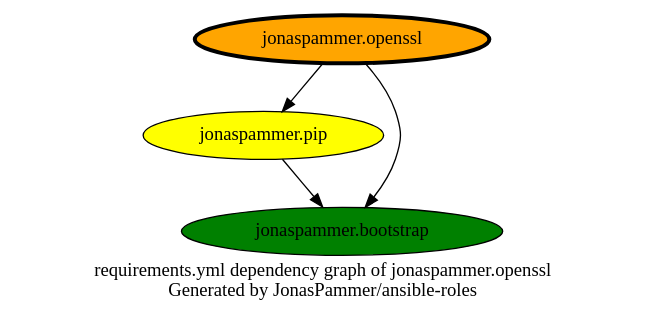
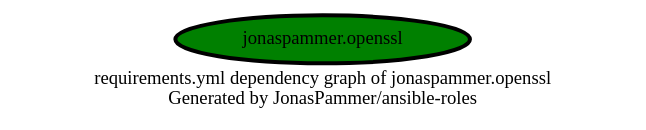
Before and after one commit to JonasPammer/ansible-roles: the diagram in graphs/dependencies_openssl.dot, drawn with Graphviz. The commit also changed 32 other files, not shown here.

```diff
--- a/graphs/dependencies_openssl.dot
+++ b/graphs/dependencies_openssl.dot
@@ -1,14 +1,10 @@
 digraph hierarchy {
   label = "requirements.yml dependency graph of jonaspammer.openssl \n Generated by JonasPammer/ansible-roles" ;
   overlap=false
 
   {
-    "jonaspammer.openssl" [fillcolor=orange style=filled penwidth=3]
-    "jonaspammer.pip" [fillcolor=yellow style=filled ]
-    "jonaspammer.bootstrap" [fillcolor=green style=filled ]
+    "jonaspammer.openssl" [fillcolor=green style=filled penwidth=3]
   }
 
 
-  "jonaspammer.openssl" -> {"jonaspammer.pip" "jonaspammer.bootstrap"}
-  "jonaspammer.pip" -> {"jonaspammer.bootstrap"}
 }
```
